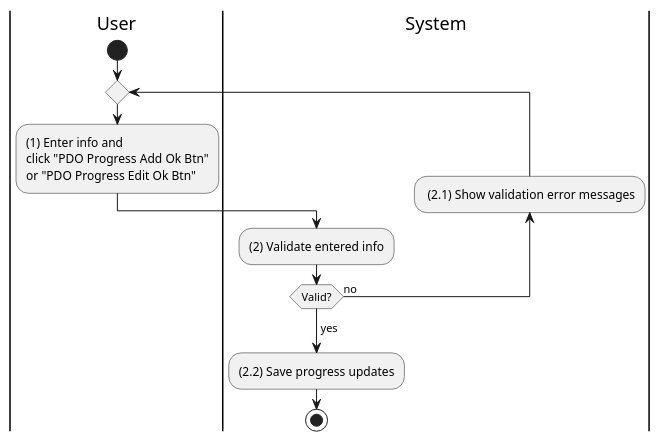
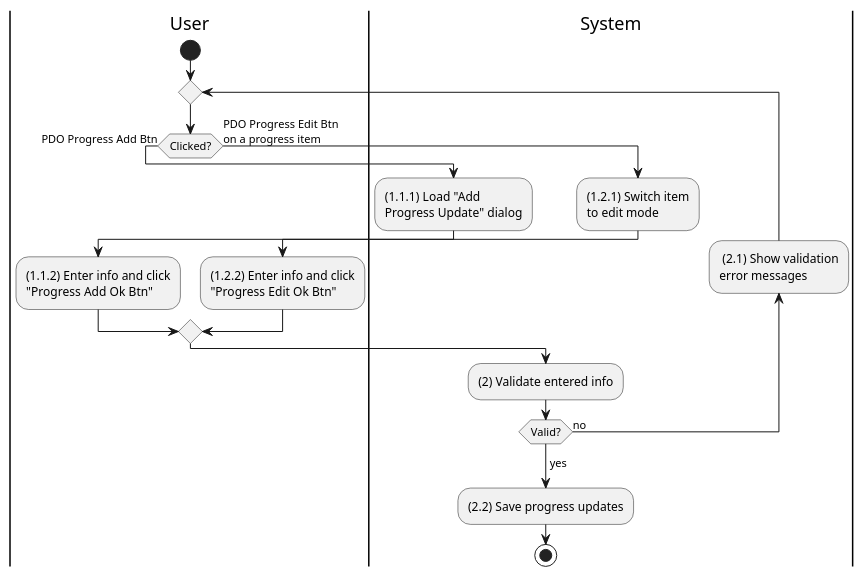
The diagram in activities/production-order-update-progress.plantuml (phihungha/scmss-reqs), drawn with PlantUML before and after one commit. The commit also changed 5 other files, not shown here.

```diff
--- a/activities/production-order-update-progress.plantuml
+++ b/activities/production-order-update-progress.plantuml
@@ -1,16 +1,26 @@
 @startuml production-order-update-progress
 |u|User
 |s|System
 
 |u|
 start
 repeat
-    :(1) Enter info and\nclick "PDO Progress Add Ok Btn"\nor "PDO Progress Edit Ok Btn";
+    if (Clicked?) then (PDO Progress Add Btn)
+        |s|
+        :(1.1.1) Load "Add\nProgress Update" dialog;
+        |u|
+        :(1.1.2) Enter info and click\n"Progress Add Ok Btn";
+    else (PDO Progress Edit Btn\non a progress item)
+        |s|
+        :(1.2.1) Switch item\nto edit mode;
+        |u|
+        :(1.2.2) Enter info and click\n"Progress Edit Ok Btn";
+    endif
     |s|
     :(2) Validate entered info;
-    backward: (2.1) Show validation error messages;
+    backward: (2.1) Show validation\nerror messages;
 repeat while (Valid?) is (no)
 ->yes;
 :(2.2) Save progress updates;
 stop
 @enduml
```
